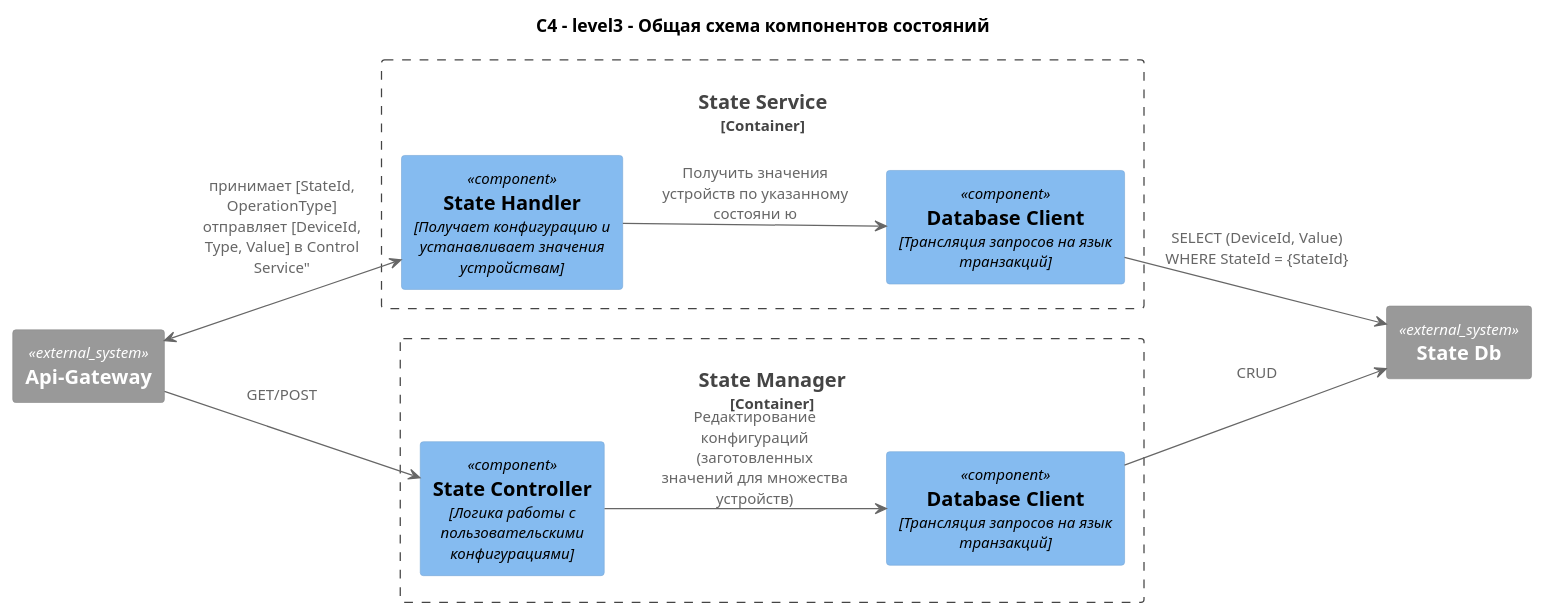
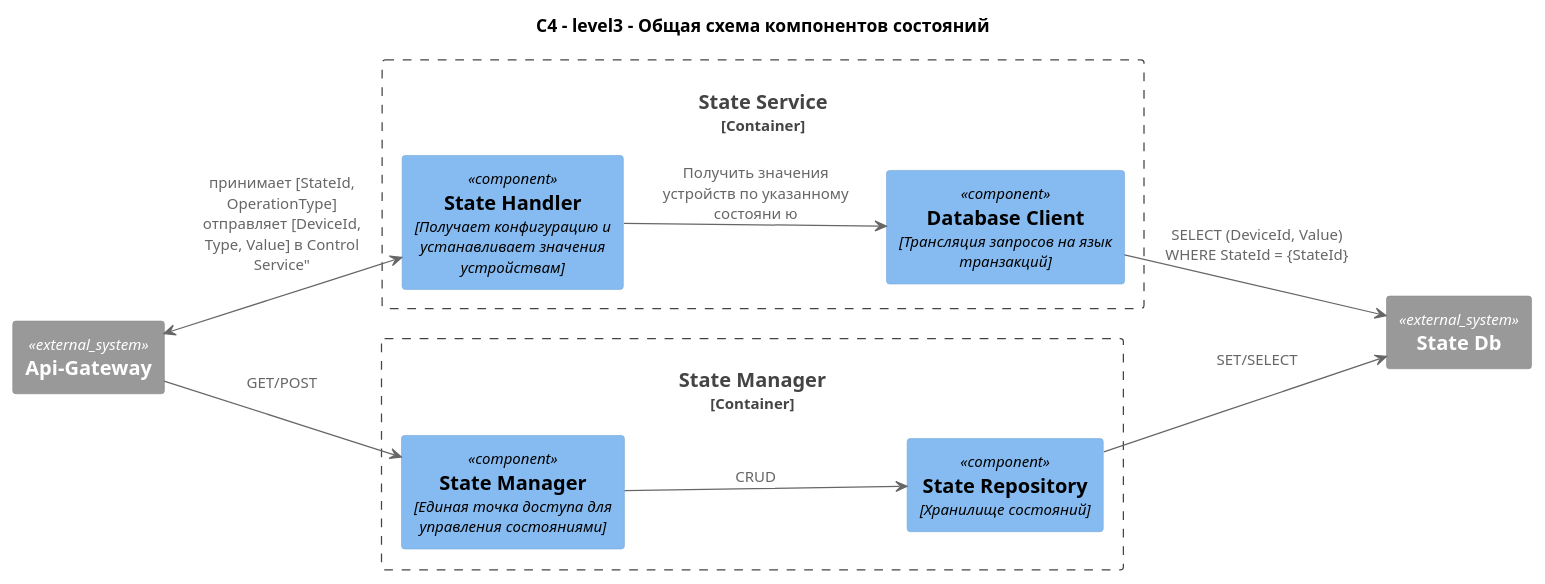
One commit to AdvanGit/practicum-sprint-3 changed the diagram in smart-home-monolith/docs/C4/to-be-component-states.puml. Above: the diagram before and after it, drawn with PlantUML. The commit also changed 16 other files, not shown here.

```diff
--- a/smart-home-monolith/docs/C4/to-be-component-states.puml
+++ b/smart-home-monolith/docs/C4/to-be-component-states.puml
@@ -1,29 +1,30 @@
 @startuml ClimateService_Components
 !include https://raw.githubusercontent.com/plantuml-stdlib/C4-PlantUML/master/C4_Component.puml
 
 title "C4 - level3 - Общая схема компонентов состояний"
 
 left to right direction
 
 Container_Boundary(State_Service, "State Service") {
     Component(State_Handler, "State Handler", "Получает конфигурацию и устанавливает значения устройствам")
     Component(Postgres_Client, "Database Client", "Трансляция запросов на язык транзакций")
 }
 
-Container_Boundary(State_Manager, "State Manager"){
-    Component(Postgres_Client_2, "Database Client", "Трансляция запросов на язык транзакций")
-    Component(State_Controller, "State Controller", "Логика работы с пользовательскими конфигурациями")
+Container_Boundary(State_Manager_Service, "State Manager"){
+    Component(State_Repository, "State Repository", "Хранилище состояний")
+    Component(State_Manager, "State Manager", "Единая точка доступа для управления состояниями")
+
+    State_Manager --> State_Repository : "CRUD"
 }
 
 System_Ext(API_GW, "Api-Gateway")
-System_Ext(State_Repository, "State Db")
-
+System_Ext(State_Db, "State Db")
 
 API_GW <--> State_Handler : "принимает [StateId, OperationType]\nотправляет [DeviceId, Type, Value] в Control Service""
 State_Handler --> Postgres_Client : "Получить значения устройств по указанному состояни ю"
-Postgres_Client --> State_Repository : "SELECT (DeviceId, Value) WHERE StateId = {StateId}"
 
-API_GW --> State_Controller : "GET/POST"
-State_Controller --> Postgres_Client_2 : "Редактирование конфигураций (заготовленных значений для множества устройств)"
-Postgres_Client_2 --> State_Repository : "CRUD"
+Postgres_Client --> State_Db : "SELECT (DeviceId, Value) WHERE StateId = {StateId}"
+State_Repository --> State_Db : SET/SELECT
+
+API_GW --> State_Manager : "GET/POST"
 @enduml
```
